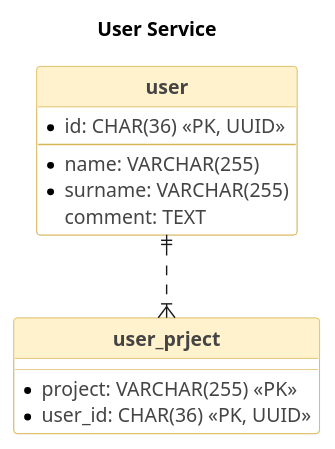
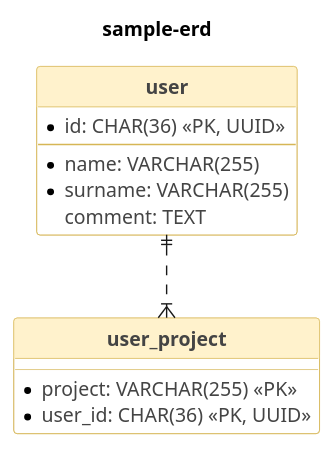
Before and after one commit to lofim/plant-uml-samples: the diagram in erd-sample.puml, drawn with PlantUML. The commit also changed 2 other files, not shown here.

```diff
--- a/erd-sample.puml
+++ b/erd-sample.puml
@@ -1,31 +1,31 @@
 @startuml
 
 skinparam shadowing false
 skinparam ClassBackgroundColor #fff
 skinparam ClassBorderColor #d6b656
 skinparam ClassAttributeFontColor #444
 skinparam ClassAttributeIconSize 8
 skinparam ClassHeaderBackgroundColor #fff2cc
 ' skinparam linetype ortho
 
 hide circle
 hide footbox
 
-title User Service
+title sample-erd
 
 entity "**user**" as user {
     * id: CHAR(36) <<PK, UUID>>
     --
     * name: VARCHAR(255)
     * surname: VARCHAR(255)
     comment: TEXT
 }
 
-entity "**user_prject**" as project {
+entity "**user_project**" as project {
     * project: VARCHAR(255) <<PK>>
     * user_id: CHAR(36) <<PK, UUID>>
 }
 
 user ||..|{ project
 
 @enduml
```
